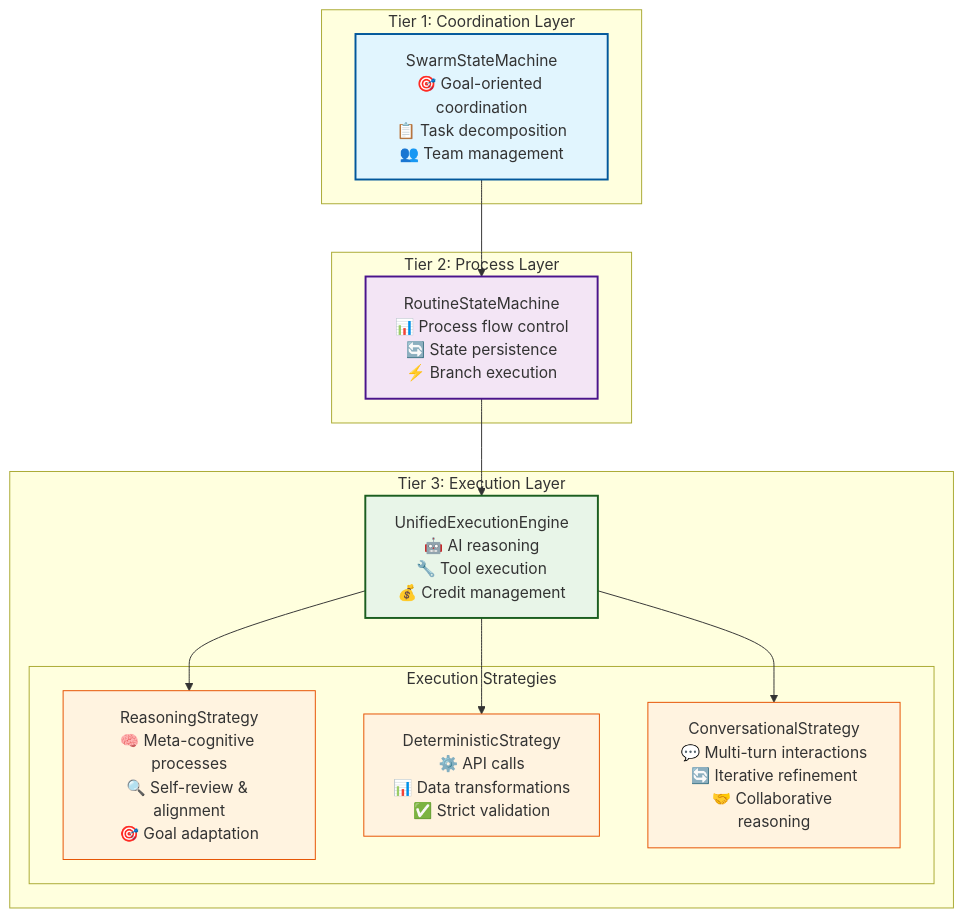
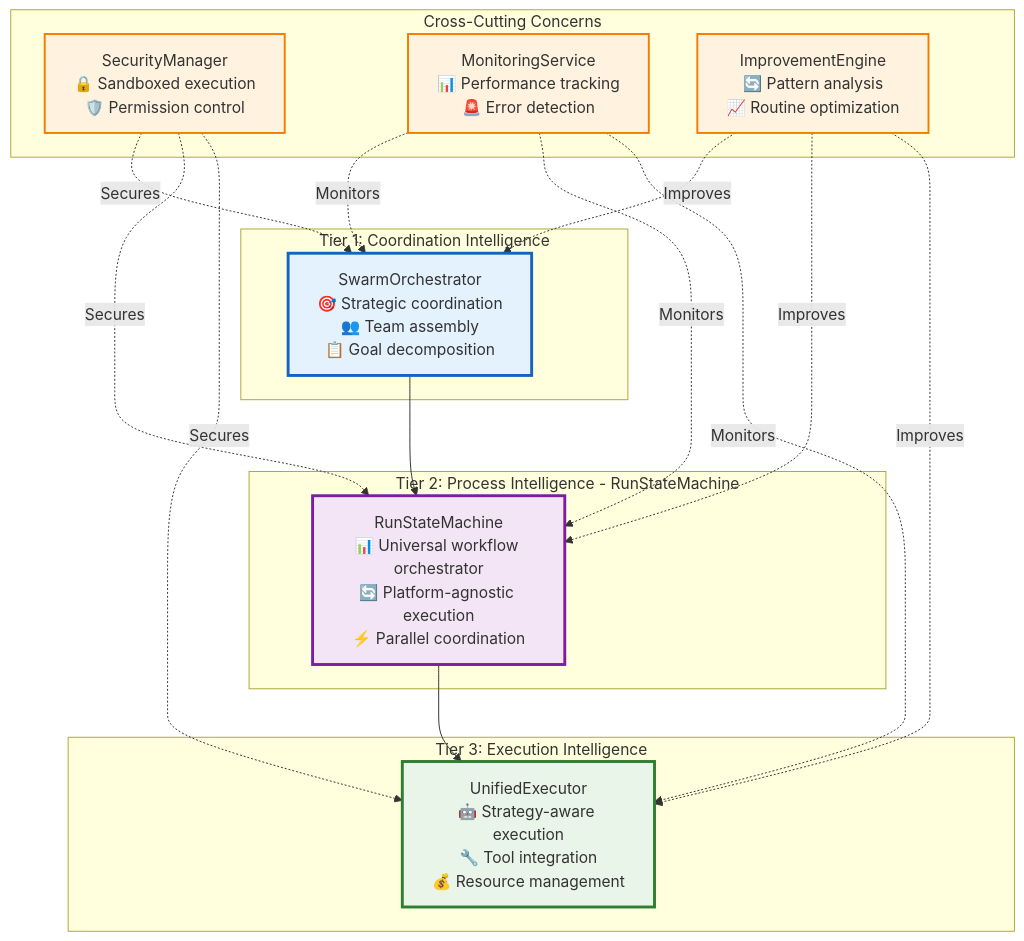
One commit to Vrooli/Vrooli changed the fourth of 10 diagrams in docs/ai-execution-architecture.md. Above: the diagram before and after it, drawn with Mermaid. The commit also changed other lines of this file, not shown here.

Commit message:
Execution architecture p2

````diff
--- a/docs/ai-execution-architecture.md
+++ b/docs/ai-execution-architecture.md
@@ -93,36 +159,45 @@
 ```mermaid
 graph TD
-    subgraph "Tier 1: Coordination Layer"
-        SwarmSM[SwarmStateMachine<br/>🎯 Goal-oriented coordination<br/>📋 Task decomposition<br/>👥 Team management]
+    subgraph "Tier 1: Coordination Intelligence"
+        T1[SwarmOrchestrator<br/>🎯 Strategic coordination<br/>👥 Team assembly<br/>📋 Goal decomposition]
     end
     
-    subgraph "Tier 2: Process Layer"
-        RoutineSM[RoutineStateMachine<br/>📊 Process flow control<br/>🔄 State persistence<br/>⚡ Branch execution]
+    subgraph "Tier 2: Process Intelligence - RunStateMachine"  
+        T2[RunStateMachine<br/>📊 Universal workflow orchestrator<br/>🔄 Platform-agnostic execution<br/>⚡ Parallel coordination]
     end
     
-    subgraph "Tier 3: Execution Layer"
-        UEE[UnifiedExecutionEngine<br/>🤖 AI reasoning<br/>🔧 Tool execution<br/>💰 Credit management]
-        
-        subgraph "Execution Strategies"
-            Reasoning[ReasoningStrategy<br/>🧠 Meta-cognitive processes<br/>🔍 Self-review & alignment<br/>🎯 Goal adaptation]
-            Deterministic[DeterministicStrategy<br/>⚙️ API calls<br/>📊 Data transformations<br/>✅ Strict validation]
-            Conversational[ConversationalStrategy<br/>💬 Multi-turn interactions<br/>🔄 Iterative refinement<br/>🤝 Collaborative reasoning]
-        end
+    subgraph "Tier 3: Execution Intelligence"
+        T3[UnifiedExecutor<br/>🤖 Strategy-aware execution<br/>🔧 Tool integration<br/>💰 Resource management]
     end
     
-    SwarmSM --> RoutineSM
-    RoutineSM --> UEE
-    UEE --> Reasoning
-    UEE --> Deterministic
-    UEE --> Conversational
+    subgraph "Cross-Cutting Concerns"
+        CC1[SecurityManager<br/>🔒 Sandboxed execution<br/>🛡️ Permission control]
+        CC2[MonitoringService<br/>📊 Performance tracking<br/>🚨 Error detection]
+        CC3[ImprovementEngine<br/>🔄 Pattern analysis<br/>📈 Routine optimization]
+    end
     
-    classDef tier1 fill:#e1f5fe,stroke:#01579b,stroke-width:2px
-    classDef tier2 fill:#f3e5f5,stroke:#4a148c,stroke-width:2px
-    classDef tier3 fill:#e8f5e8,stroke:#1b5e20,stroke-width:2px
-    classDef strategy fill:#fff3e0,stroke:#e65100,stroke-width:1px
+    T1 --> T2
+    T2 --> T3
     
-    class SwarmSM tier1
-    class RoutineSM tier2
-    class UEE tier3
-    class Reasoning,Deterministic,Conversational strategy
+    CC1 -.->|"Secures"| T1
+    CC1 -.->|"Secures"| T2  
+    CC1 -.->|"Secures"| T3
+    
+    CC2 -.->|"Monitors"| T1
+    CC2 -.->|"Monitors"| T2
+    CC2 -.->|"Monitors"| T3
+    
+    CC3 -.->|"Improves"| T1
+    CC3 -.->|"Improves"| T2
+    CC3 -.->|"Improves"| T3
+    
+    classDef tier1 fill:#e3f2fd,stroke:#1565c0,stroke-width:3px
+    classDef tier2 fill:#f3e5f5,stroke:#7b1fa2,stroke-width:3px
+    classDef tier3 fill:#e8f5e8,stroke:#2e7d32,stroke-width:3px
+    classDef crosscut fill:#fff3e0,stroke:#f57c00,stroke-width:2px
+    
+    class T1 tier1
+    class T2 tier2
+    class T3 tier3
+    class CC1,CC2,CC3 crosscut
 ```
````
